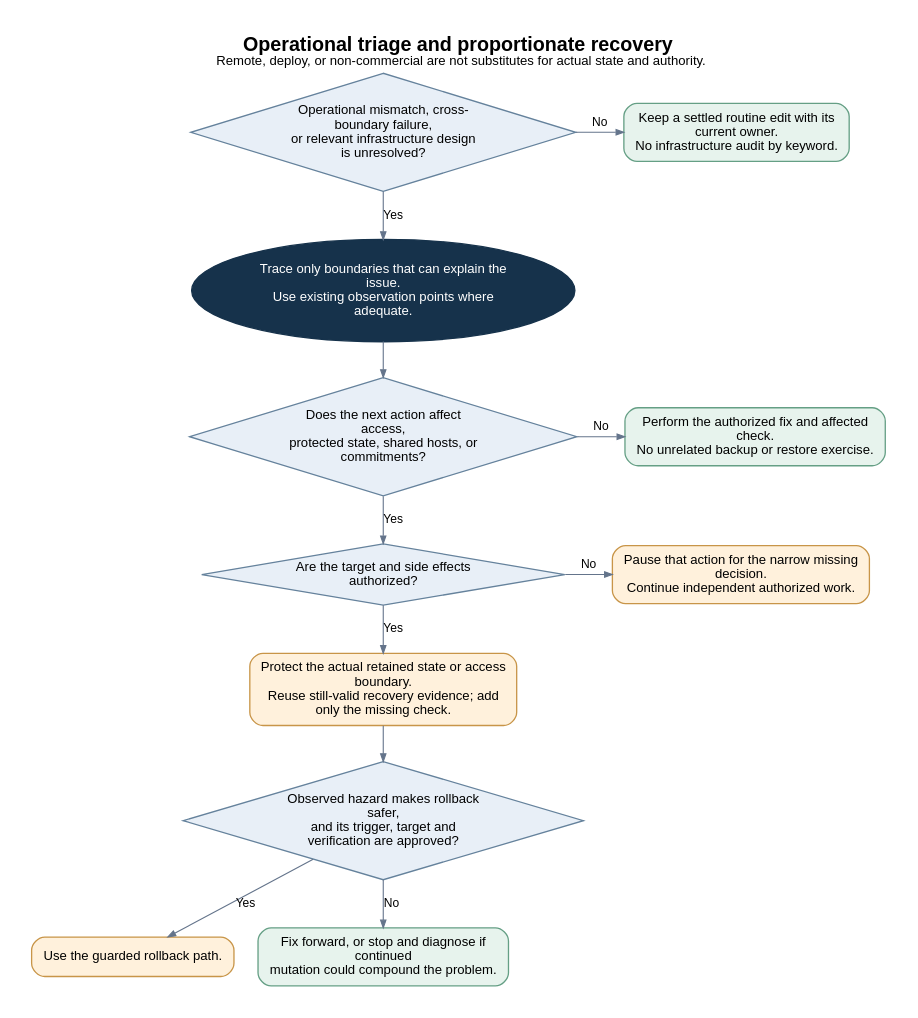
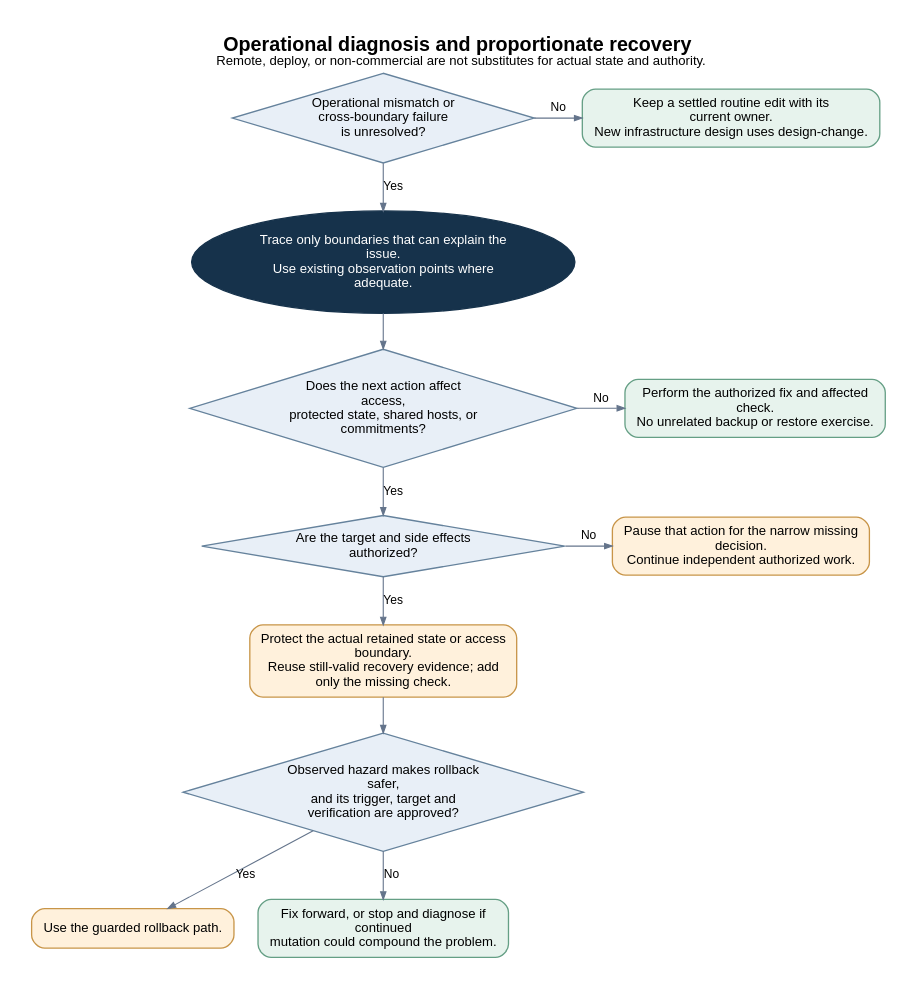
Before and after one commit to CsHeng/agent-skills: the diagram in docs/architecture/diagrams/decisions/operational-recovery.dot, drawn with Graphviz. The commit also changed 13 other files, not shown here.

Commit message:
refactor(skills): rename infrastructure-triage to runtime-diagnosis

```diff
--- a/docs/architecture/diagrams/decisions/operational-recovery.dot
+++ b/docs/architecture/diagrams/decisions/operational-recovery.dot
@@ -1,36 +1,36 @@
 digraph decision {
-graph [rankdir=TB, bgcolor="white", pad="0.3", nodesep="0.3", ranksep="0.45", splines=polyline, fontname="Arial", fontsize=18, labelloc=t, label=<<B>Operational triage and proportionate recovery</B><BR/><FONT POINT-SIZE="12">Remote, deploy, or non-commercial are not substitutes for actual state and authority.</FONT>>];
+graph [rankdir=TB, bgcolor="white", pad="0.3", nodesep="0.3", ranksep="0.45", splines=polyline, fontname="Arial", fontsize=18, labelloc=t, label=<<B>Operational diagnosis and proportionate recovery</B><BR/><FONT POINT-SIZE="12">Remote, deploy, or non-commercial are not substitutes for actual state and authority.</FONT>>];
 node [shape=box, style="rounded,filled", fillcolor="#F2F5F8", color="#9BAFC1", fontname="Arial", fontsize=12, margin="0.15,0.10", penwidth=1.2];
 edge [color="#64748B", fontname="Arial", fontsize=11, arrowsize=0.7];
-  s [label="Operational mismatch, cross-\nboundary failure,\nor relevant infrastructure design\nis unresolved?", shape="diamond", style="filled", fillcolor="#E8EFF7", color="#65829C", margin="0.05,0.02"];
-  direct [label="Keep a settled routine edit with its\ncurrent owner.\nNo infrastructure audit by keyword.", fillcolor="#E7F3ED", color="#659F85"];
+  s [label="Operational mismatch or\ncross-boundary failure\nis unresolved?", shape="diamond", style="filled", fillcolor="#E8EFF7", color="#65829C", margin="0.05,0.02"];
+  direct [label="Keep a settled routine edit with its\ncurrent owner.\nNew infrastructure design uses design-change.", fillcolor="#E7F3ED", color="#659F85"];
   investigate [label="Trace only boundaries that can explain the\nissue.\nUse existing observation points where\nadequate.", shape="oval", fillcolor="#16324B", fontcolor="white", color="#16324B"];
   risk [label="Does the next action affect\naccess,\nprotected state, shared hosts, or\ncommitments?", shape="diamond", style="filled", fillcolor="#E8EFF7", color="#65829C", margin="0.05,0.02"];
   local [label="Perform the authorized fix and affected\ncheck.\nNo unrelated backup or restore exercise.", fillcolor="#E7F3ED", color="#659F85"];
   authority [label="Are the target and side effects\nauthorized?", shape="diamond", style="filled", fillcolor="#E8EFF7", color="#65829C", margin="0.05,0.02"];
   ask [label="Pause that action for the narrow missing\ndecision.\nContinue independent authorized work.", fillcolor="#FFF1DC", color="#C89548"];
   protect [label="Protect the actual retained state or access\nboundary.\nReuse still-valid recovery evidence; add\nonly the missing check.", fillcolor="#FFF1DC", color="#C89548"];
   rollback [label="Observed hazard makes rollback\nsafer,\nand its trigger, target and\nverification are approved?", shape="diamond", style="filled", fillcolor="#E8EFF7", color="#65829C", margin="0.05,0.02"];
   undo [label="Use the guarded rollback path.", fillcolor="#FFF1DC", color="#C89548"];
   forward [label="Fix forward, or stop and diagnose if\ncontinued\nmutation could compound the problem.", fillcolor="#E7F3ED", color="#659F85"];
   s [group="spine"];
   investigate [group="spine"];
   risk [group="spine"];
   authority [group="spine"];
   protect [group="spine"];
   rollback [group="spine"];
   forward [group="spine"];
   { rank=same; s; direct; }
   { rank=same; risk; local; }
   { rank=same; authority; ask; }
   s -> direct [label="No", constraint=false];
   s -> investigate [label="Yes", weight=100];
   investigate -> risk [weight=100];
   risk -> local [label="No", constraint=false];
   risk -> authority [label="Yes", weight=100];
   authority -> ask [label="No", constraint=false];
   authority -> protect [label="Yes", weight=100];
   protect -> rollback [weight=100];
   rollback -> undo [label="Yes"];
   rollback -> forward [label="No", weight=100];
 }
```
